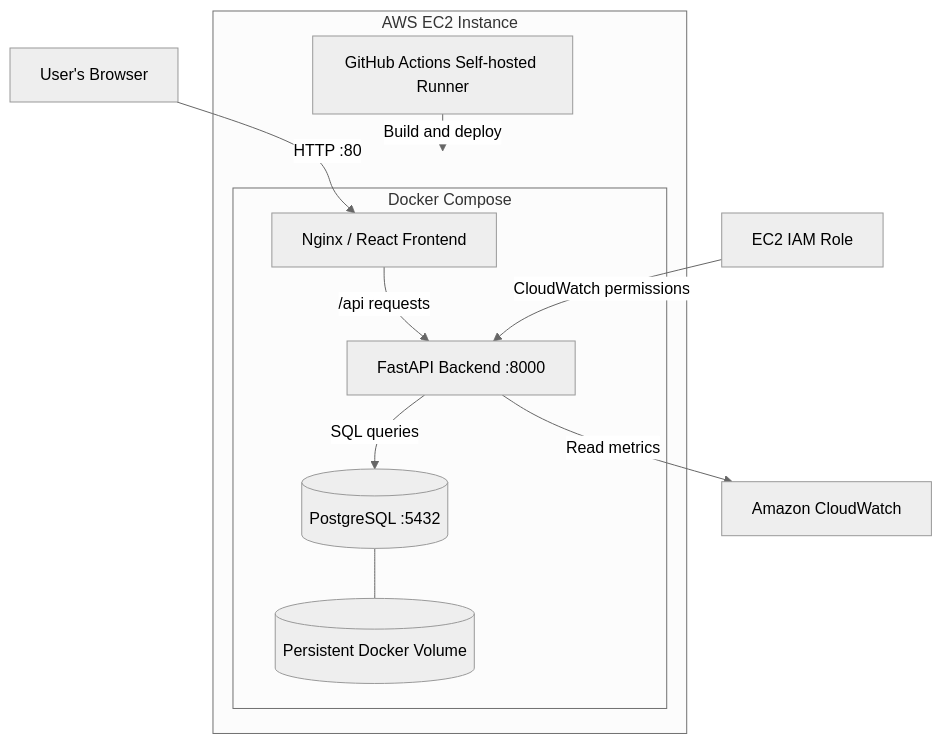
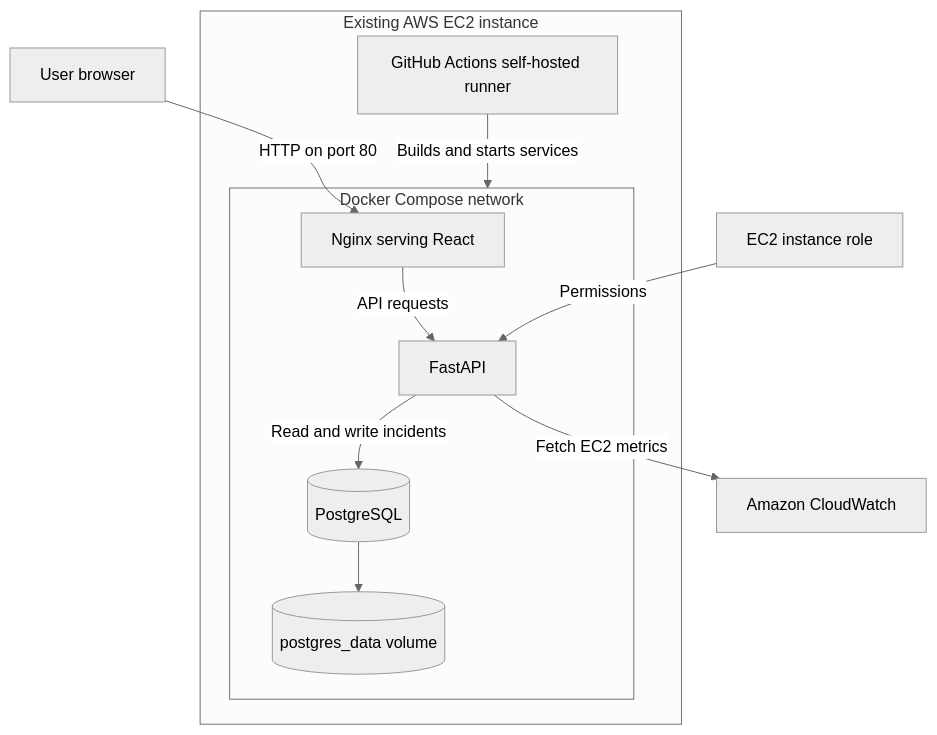
The diagram in README.md (Bharath9542530187/CloudOps-Nexus), drawn with Mermaid (neutral theme) before and after one commit. The commit also changed other lines of this file, not shown here.

Commit message:
docs: rewrite README for CloudOps Nexus implementation

````diff
--- a/README.md
+++ b/README.md
@@ -9,19 +9,20 @@
 ```mermaid
 flowchart TB
-    U[User's Browser] -->|HTTP :80| N[Nginx / React Frontend]
-    N -->|/api requests| A[FastAPI Backend :8000]
-    A -->|SQL queries| D[(PostgreSQL :5432)]
-    A -->|Read metrics| CW[Amazon CloudWatch]
-    D --- V[(Persistent Docker Volume)]
-    subgraph EC2[AWS EC2 Instance]
-      subgraph DC[Docker Compose]
-        N
-        A
-        D
-        V
+    Browser[User browser] -->|HTTP on port 80| Nginx[Nginx serving React]
+    Nginx -->|API requests| API[FastAPI]
+    API -->|Read and write incidents| DB[(PostgreSQL)]
+    DB --> Volume[(postgres_data volume)]
+    API -->|Fetch EC2 metrics| CW[Amazon CloudWatch]
+    IAM[EC2 instance role] -->|Permissions| API
+
+    subgraph Instance[Existing AWS EC2 instance]
+      subgraph Compose[Docker Compose network]
+        Nginx
+        API
+        DB
+        Volume
       end
-      R[GitHub Actions Self-hosted Runner]
-      R -->|Build and deploy| DC
+      Runner[GitHub Actions self-hosted runner]
+      Runner -->|Builds and starts services| Compose
     end
-    IAM[EC2 IAM Role] -->|CloudWatch permissions| A
 ```
````
